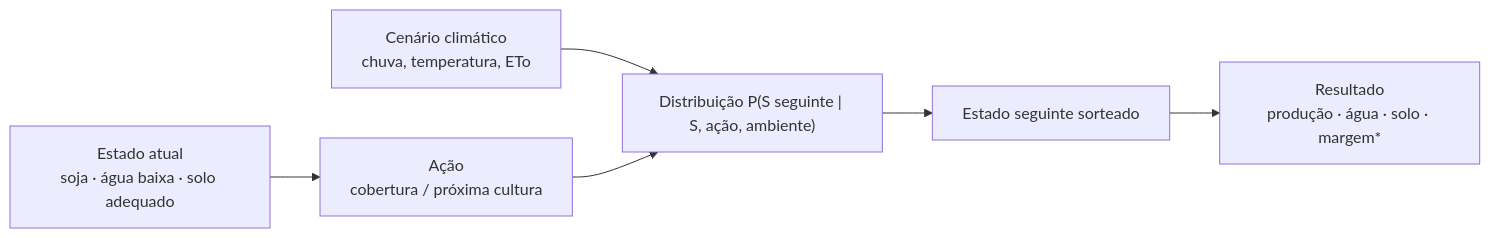
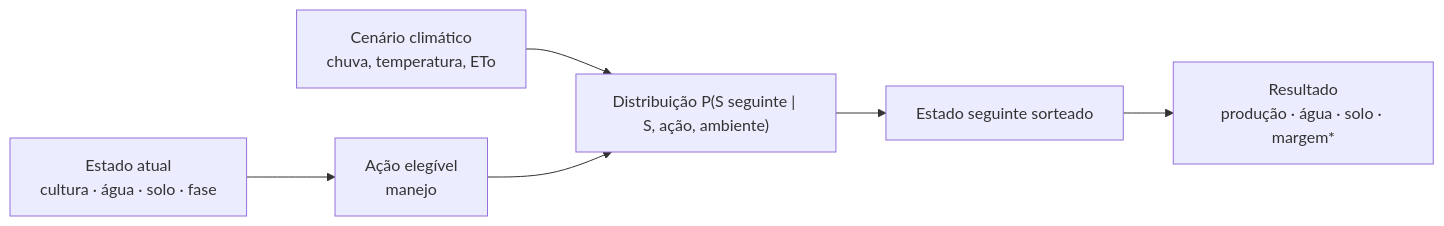
The first of 2 diagrams in docs/modelo-markov-monte-carlo.md (Gabriel-ASM/field-shift), drawn with Mermaid before and after one commit. The commit also changed other lines of this file and 93 other files, not shown here.

````diff
--- a/docs/modelo-markov-monte-carlo.md
+++ b/docs/modelo-markov-monte-carlo.md
@@ -50,8 +56,8 @@
 ```mermaid
 flowchart LR
-    S0["Estado atual<br/>soja · água baixa · solo adequado"] --> A["Ação<br/>cobertura / próxima cultura"]
+    S0["Estado atual<br/>cultura · água · solo · fase"] --> A["Ação elegível<br/>manejo"]
     E["Cenário climático<br/>chuva, temperatura, ETo"] --> P["Distribuição P(S seguinte | S, ação, ambiente)"]
     A --> P
     P --> S1["Estado seguinte sorteado"]
     S1 --> O["Resultado<br/>produção · água · solo · margem*"]
 ```
````
